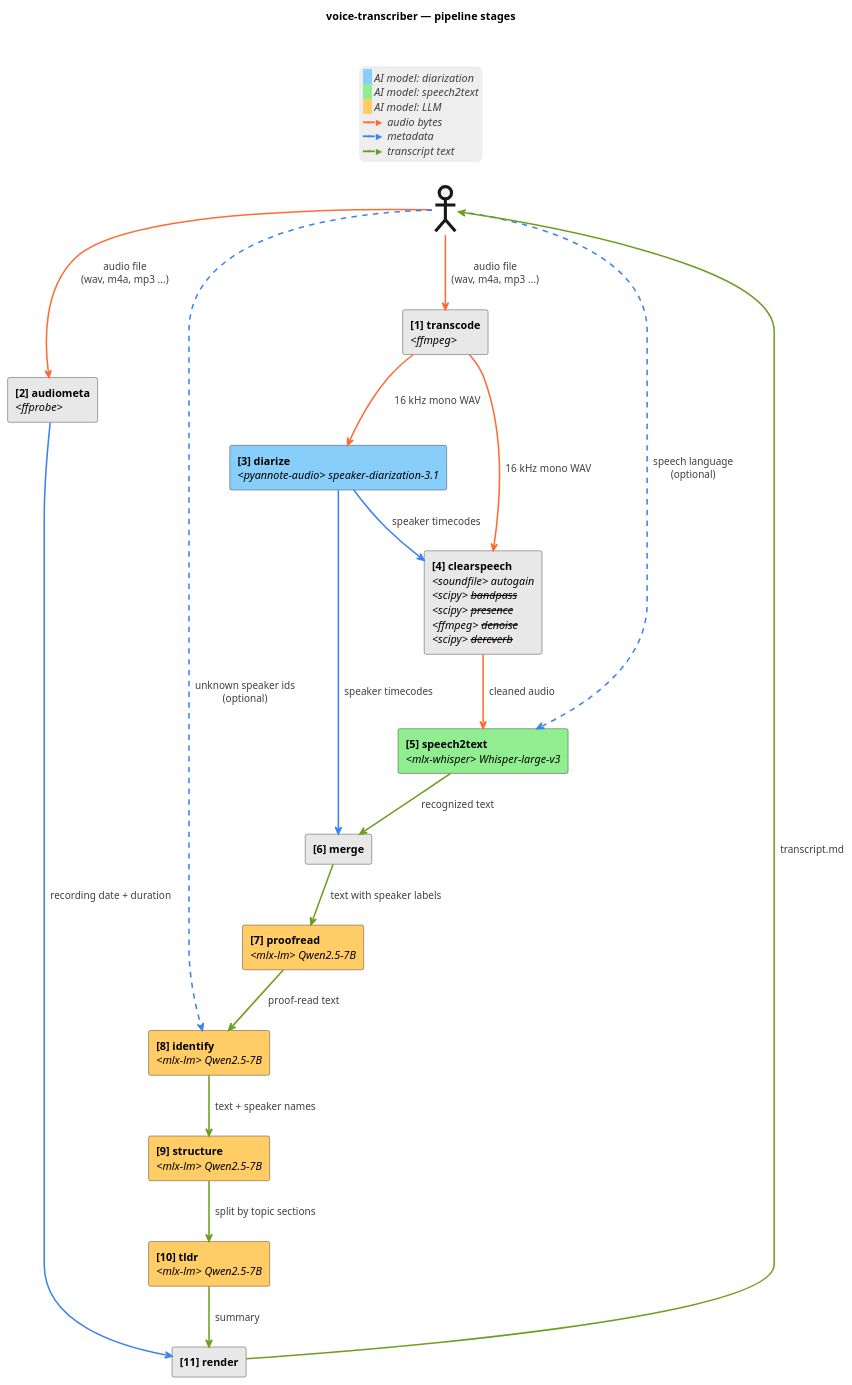
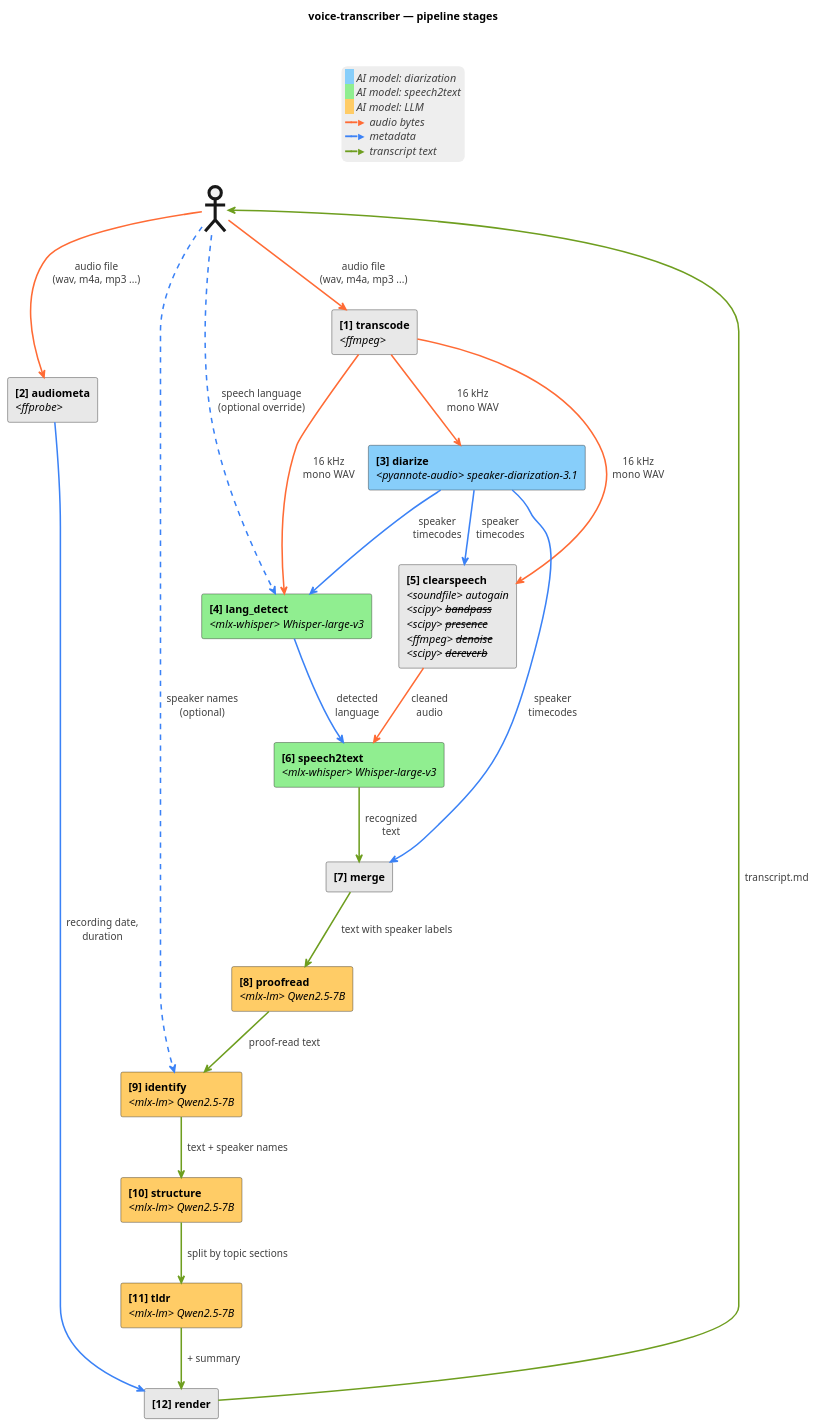
One commit to artem-from-ua/voice-transcriber changed the diagram in docs/architecture.md. Above: the diagram before and after it, drawn with PlantUML. The commit also changed other lines of this file and 25 other files, not shown here.

````diff
--- a/docs/architecture.md
+++ b/docs/architecture.md
@@ -23,63 +23,67 @@
 ```plantuml
 @startuml
 title voice-transcriber — pipeline stages
 skinparam componentStyle rectangle
 skinparam ArrowThickness 2
 skinparam legendBorderColor transparent
 skinparam legendBackgroundColor #EEEEEE
 
 <style>
   document {
     Margin 25
   }
   actor {
     LineThickness 4
   }
 </style>
 
 actor " " as User
 
 component "<b>[1] transcode</b>\n<i><ffmpeg></i>" as WAV #E8E8E8
 component "<b>[2] audiometa</b>\n<i><ffprobe></i>" as FF #E8E8E8
 component "<b>[3] diarize</b>\n<i><pyannote-audio> speaker-diarization-3.1</i>" as Diar #87CEFA
-component "<b>[4] clearspeech</b>\n<i><soundfile> autogain</i>\n<i><scipy> <s>bandpass</s></i>\n<i><scipy> <s>presence</s></i>\n<i><ffmpeg> <s>denoise</s></i>\n<i><scipy> <s>dereverb</s></i>" as CS #E8E8E8
-component "<b>[5] speech2text</b>\n<i><mlx-whisper> Whisper-large-v3</i>" as ASR #90EE90
-component "<b>[6] merge</b>" as Merge #E8E8E8
-component "<b>[7] proofread</b>\n<i><mlx-lm> Qwen2.5-7B</i>" as Post #FFCC66
-component "<b>[8] identify</b>\n<i><mlx-lm> Qwen2.5-7B</i>" as Ident #FFCC66
-component "<b>[9] structure</b>\n<i><mlx-lm> Qwen2.5-7B</i>" as Struct #FFCC66
-component "<b>[10] tldr</b>\n<i><mlx-lm> Qwen2.5-7B</i>" as TLDR #FFCC66
-component "<b>[11] render</b>" as Render #E8E8E8
+component "<b>[4] lang_detect</b>\n<i><mlx-whisper> Whisper-large-v3</i>" as LangDet #90EE90
+component "<b>[5] clearspeech</b>\n<i><soundfile> autogain</i>\n<i><scipy> <s>bandpass</s></i>\n<i><scipy> <s>presence</s></i>\n<i><ffmpeg> <s>denoise</s></i>\n<i><scipy> <s>dereverb</s></i>" as CS #E8E8E8
+component "<b>[6] speech2text</b>\n<i><mlx-whisper> Whisper-large-v3</i>" as ASR #90EE90
+component "<b>[7] merge</b>" as Merge #E8E8E8
+component "<b>[8] proofread</b>\n<i><mlx-lm> Qwen2.5-7B</i>" as Post #FFCC66
+component "<b>[9] identify</b>\n<i><mlx-lm> Qwen2.5-7B</i>" as Ident #FFCC66
+component "<b>[10] structure</b>\n<i><mlx-lm> Qwen2.5-7B</i>" as Struct #FFCC66
+component "<b>[11] tldr</b>\n<i><mlx-lm> Qwen2.5-7B</i>" as TLDR #FFCC66
+component "<b>[12] render</b>" as Render #E8E8E8
 
 User -[#FF6B35]-> FF : <color:#404040>  audio file</color>\n<color:#404040>  (wav, m4a, mp3 ...)</color>
 User -[#FF6B35]-> WAV : <color:#404040>  audio file</color>\n<color:#404040>  (wav, m4a, mp3 ...)</color>
-User -[#3B82F6,dashed]-> ASR : <color:#404040>  speech language</color>\n<color:#404040>  (optional)</color>
-User -[#3B82F6,dashed]-> Ident : <color:#404040>  unknown speaker ids</color>\n<color:#404040>  (optional)</color>
+User -[#3B82F6,dashed]-> LangDet : <color:#404040>  speech language</color>\n<color:#404040>  (optional override)</color>
+User -[#3B82F6,dashed]-> Ident : <color:#404040>  speaker names</color>\n<color:#404040>  (optional)</color>
 
-WAV -[#FF6B35]-> Diar : <color:#404040>  16 kHz mono WAV</color>
-WAV -[#FF6B35]-> CS : <color:#404040>  16 kHz mono WAV</color>
-Diar -[#3B82F6]-> CS : <color:#404040>  speaker timecodes</color>
-CS -[#FF6B35]-> ASR : <color:#404040>  cleaned audio</color>
+WAV -[#FF6B35]-> Diar : <color:#404040>  16 kHz</color>\n<color:#404040>  mono WAV</color>
+WAV -[#FF6B35]-> LangDet : <color:#404040>  16 kHz</color>\n<color:#404040>  mono WAV</color>
+WAV -[#FF6B35]-> CS : <color:#404040>  16 kHz</color>\n<color:#404040>  mono WAV</color>
+Diar -[#3B82F6]-> LangDet : <color:#404040>  speaker</color>\n<color:#404040>  timecodes</color>
+Diar -[#3B82F6]-> CS : <color:#404040>  speaker</color>\n<color:#404040>  timecodes</color>
+LangDet -[#3B82F6]-> ASR : <color:#404040>  detected</color>\n<color:#404040>  language</color>
+CS -[#FF6B35]-> ASR : <color:#404040>  cleaned</color>\n<color:#404040>  audio</color>
 
-ASR -[#6E9E1F]-> Merge : <color:#404040>  recognized text</color>
-Diar -[#3B82F6]-> Merge : <color:#404040>  speaker timecodes</color>
+ASR -[#6E9E1F]-> Merge : <color:#404040>  recognized</color>\n<color:#404040>  text</color>
+Diar -[#3B82F6]-> Merge : <color:#404040>  speaker</color>\n<color:#404040>  timecodes</color>
 
 Merge -[#6E9E1F]-> Post : <color:#404040>  text with speaker labels</color>
 Post -[#6E9E1F]-> Ident : <color:#404040>  proof-read text</color>
 Ident -[#6E9E1F]-> Struct : <color:#404040>  text + speaker names</color>
 Struct -[#6E9E1F]-> TLDR : <color:#404040>  split by topic sections</color>
 
-FF -[#3B82F6]-> Render : <color:#404040>  recording date + duration</color>
-TLDR -[#6E9E1F]-> Render : <color:#404040>  summary</color>
+FF -[#3B82F6]-> Render : <color:#404040>  recording date,</color>\n<color:#404040>  duration</color>
+TLDR -[#6E9E1F]-> Render : <color:#404040>  + summary</color>
 Render -[#6E9E1F]-> User : <color:#404040>  transcript.md</color>
 
 legend top center
   <back:#87CEFA>   </back> <i><color:#404040>AI model: diarization</color></i>
   <back:#90EE90>   </back> <i><color:#404040>AI model: speech2text</color></i>
   <back:#FFCC66>   </back> <i><color:#404040>AI model: LLM</color></i>
   <color:#FF6B35>━━►</color> <i><color:#404040>audio bytes</color></i>
   <color:#3B82F6>━━►</color> <i><color:#404040>metadata</color></i>
   <color:#6E9E1F>━━►</color> <i><color:#404040>transcript text</color></i>
 end legend
 @enduml
 ```
````
